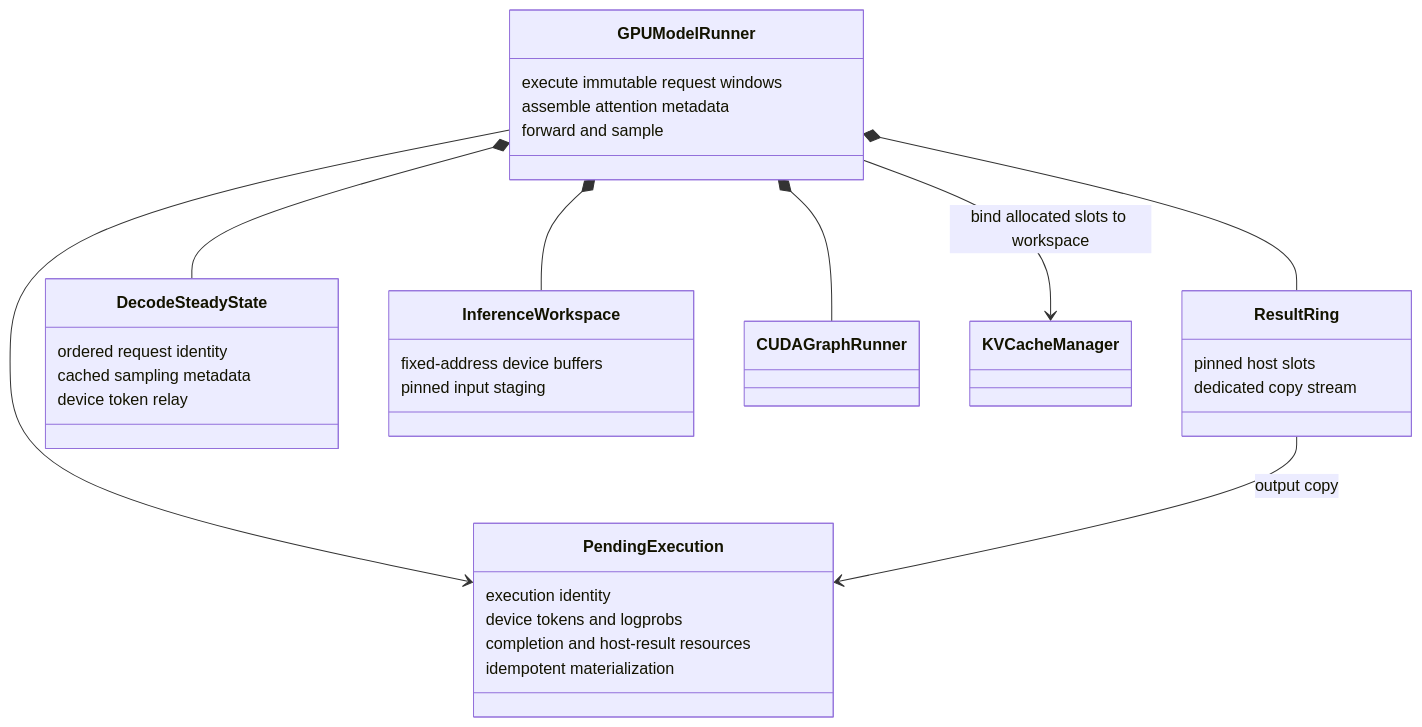
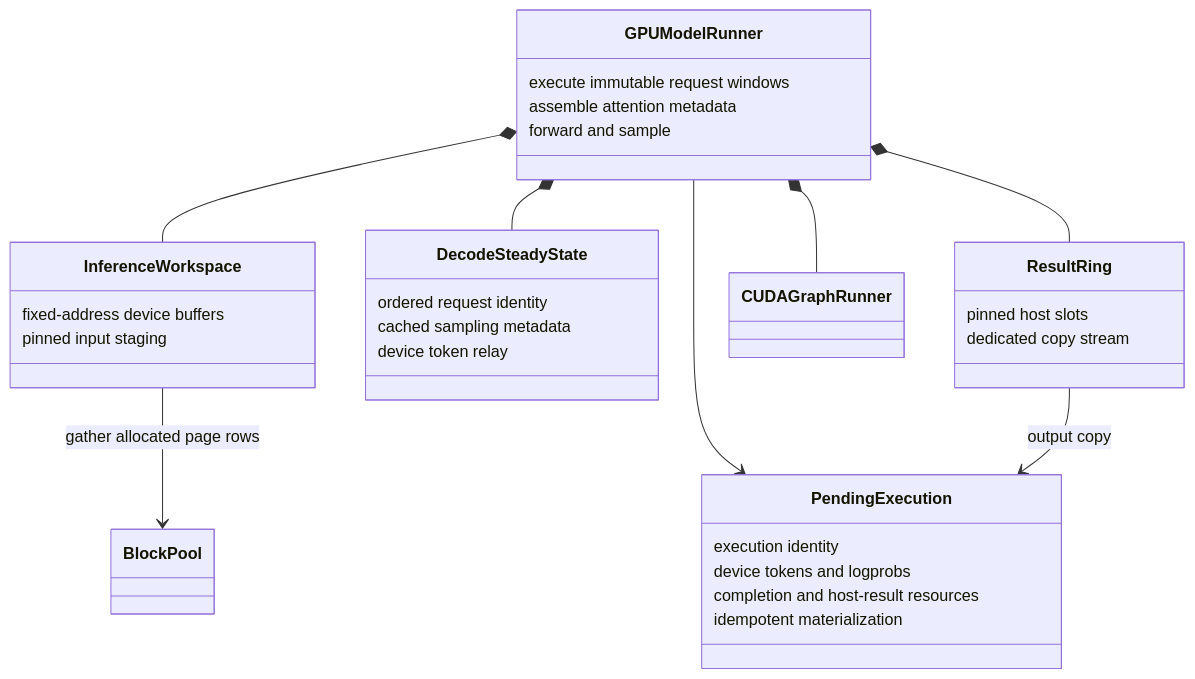
The diagram in docs/developer/inference/worker.md (ViperEkura/AstrAI), drawn with Mermaid before and after one commit. The commit also changed other lines of this file and 23 other files, not shown here.

````diff
--- a/docs/developer/inference/worker.md
+++ b/docs/developer/inference/worker.md
@@ -28,38 +27,38 @@
 ```mermaid
 classDiagram
     direction TB
     class GPUModelRunner {
         execute immutable request windows
         assemble attention metadata
         forward and sample
     }
     class PendingExecution {
         execution identity
         device tokens and logprobs
         completion and host-result resources
         idempotent materialization
     }
     class ResultRing {
         pinned host slots
         dedicated copy stream
     }
     class DecodeSteadyState {
         ordered request identity
         cached sampling metadata
         device token relay
     }
     class InferenceWorkspace {
         fixed-address device buffers
         pinned input staging
     }
     class CUDAGraphRunner
-    class KVCacheManager
+    class BlockPool
 
     GPUModelRunner *-- InferenceWorkspace
     GPUModelRunner *-- CUDAGraphRunner
     GPUModelRunner *-- ResultRing
     GPUModelRunner *-- DecodeSteadyState
     GPUModelRunner --> PendingExecution
-    GPUModelRunner --> KVCacheManager : bind allocated slots to workspace
+    InferenceWorkspace --> BlockPool : gather allocated page rows
     ResultRing --> PendingExecution : output copy
 ```
````
